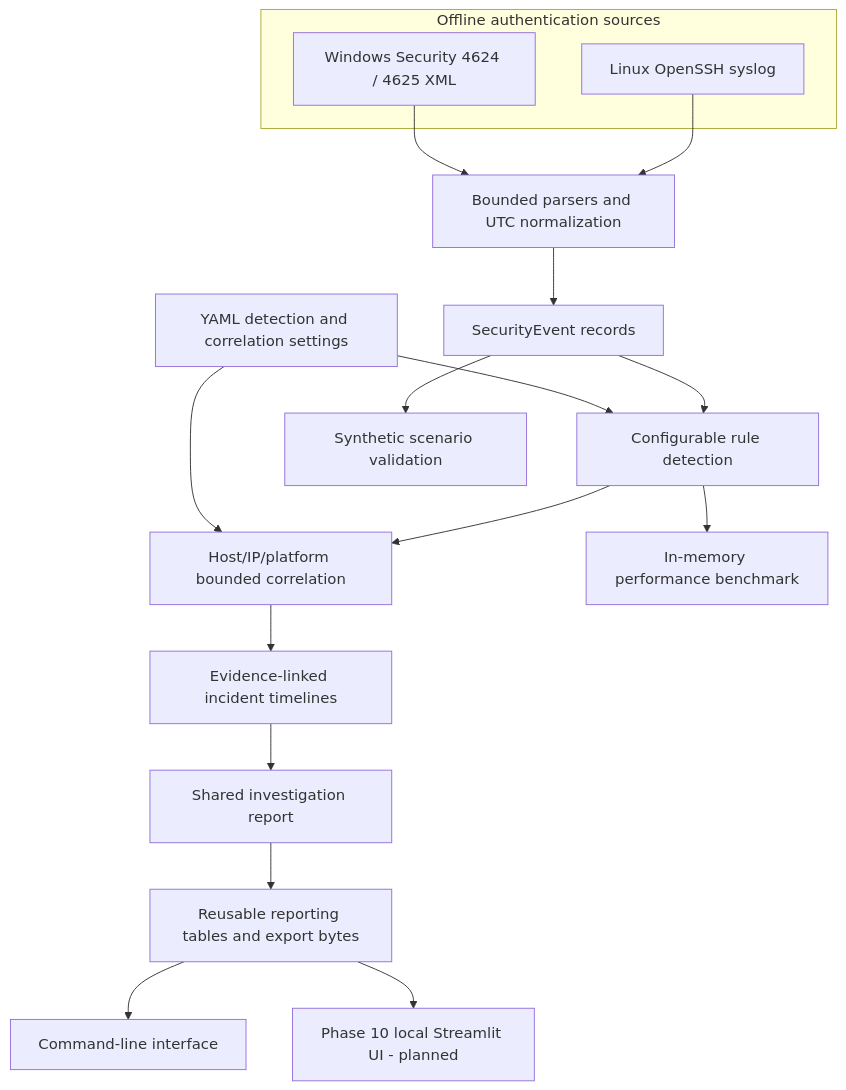
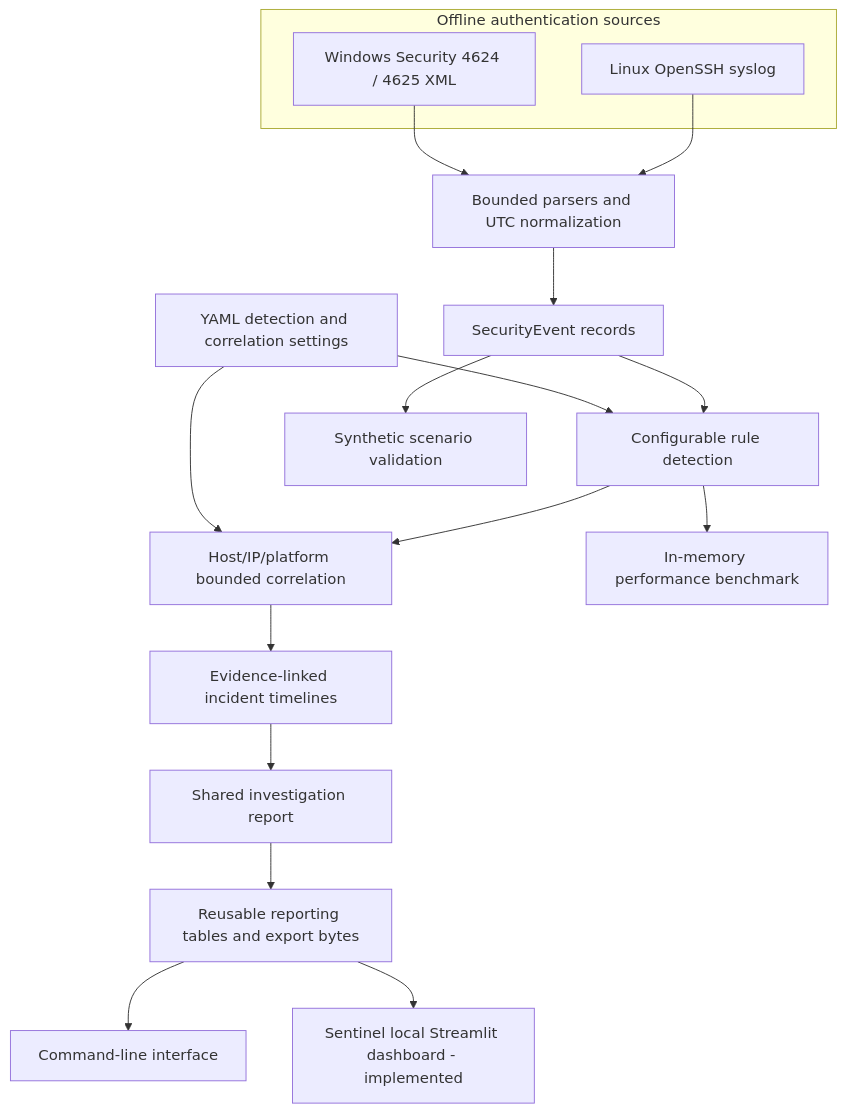
The diagram in docs/diagrams/architecture.mmd (Abdullah-Al-Mahi/python-security-log-toolkit), drawn with Mermaid before and after one commit. The commit also changed 24 other files, not shown here.

Commit message:
Implement local Streamlit SOC investigation dashboard

```diff
--- a/docs/diagrams/architecture.mmd
+++ b/docs/diagrams/architecture.mmd
@@ -1,19 +1,19 @@
 flowchart TD
     subgraph Inputs[Offline authentication sources]
         L[Linux OpenSSH syslog]
         W[Windows Security 4624 / 4625 XML]
     end
     L --> P[Bounded parsers and UTC normalization]
     W --> P
     P --> E[SecurityEvent records]
     E --> D[Configurable rule detection]
     D --> C[Host/IP/platform bounded correlation]
     C --> I[Evidence-linked incident timelines]
     I --> R[Shared investigation report]
     R --> T[Reusable reporting tables and export bytes]
     T --> CLI[Command-line interface]
-    T --> WEB[Phase 10 local Streamlit UI - planned]
+    T --> WEB[Sentinel local Streamlit dashboard - implemented]
     E --> V[Synthetic scenario validation]
     D --> B[In-memory performance benchmark]
     CFG[YAML detection and correlation settings] --> D
     CFG --> C
```
